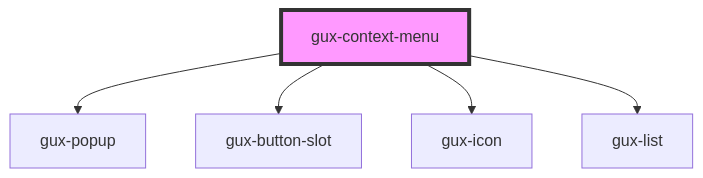
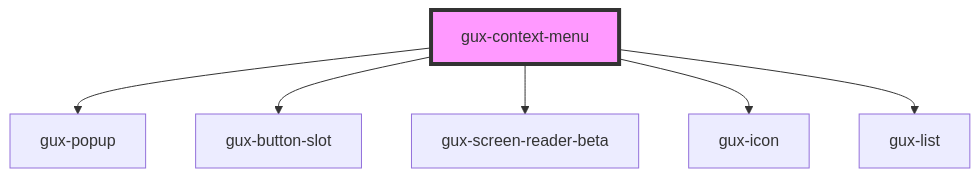
The diagram in packages/genesys-spark-components/src/components/stable/gux-context-menu/readme.md (MyPureCloud/genesys-spark), drawn with Mermaid before and after one commit. The commit also changed other lines of this file and 3 other files, not shown here.

First line of the commit message:
fix(context-menu): Move label from icon to screenreader-beta

````diff
--- a/packages/genesys-spark-components/src/components/stable/gux-context-menu/readme.md
+++ b/packages/genesys-spark-components/src/components/stable/gux-context-menu/readme.md
@@ -26,8 +27,9 @@
 ```mermaid
 graph TD;
   gux-context-menu --> gux-popup
   gux-context-menu --> gux-button-slot
+  gux-context-menu --> gux-screen-reader-beta
   gux-context-menu --> gux-icon
   gux-context-menu --> gux-list
   style gux-context-menu fill:#f9f,stroke:#333,stroke-width:4px
 ```
````
